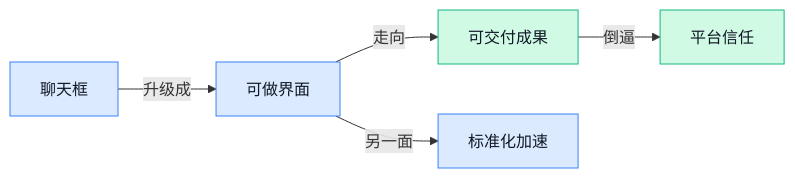
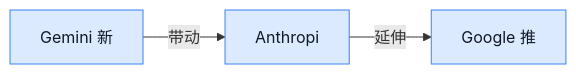
Before and after one commit to ylzsdafei/ai-daily-site: the diagram in content/cn/2026/2026-04/2026-04-19.md, drawn with Mermaid. The commit also changed other lines of this file, not shown here.

````diff
--- a/content/cn/2026/2026-04/2026-04-19.md
+++ b/content/cn/2026/2026-04/2026-04-19.md
@@ -128,12 +127,7 @@
 ```mermaid
 graph LR
-A[聊天框] -->|升级成| B[可做界面]
-B -->|走向| C[可交付成果]
-C -->|倒逼| D[平台信任]
-B -->|另一面| E[标准化加速]
-
+A[Gemini 新] -->|带动| B[Anthropi]
+B -->|延伸| C[Google 推]
 classDef blue fill:#dbeafe,stroke:#3b82f6,color:#111827
-classDef green fill:#d1fae5,stroke:#10b981,color:#111827
-class A,B,E blue
-class C,D green
+class A,B,C blue
 ```
````
